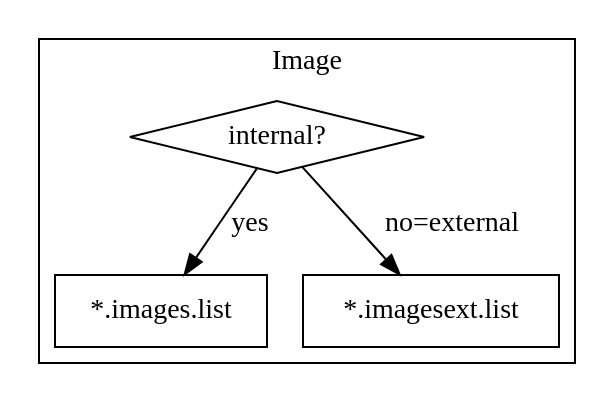
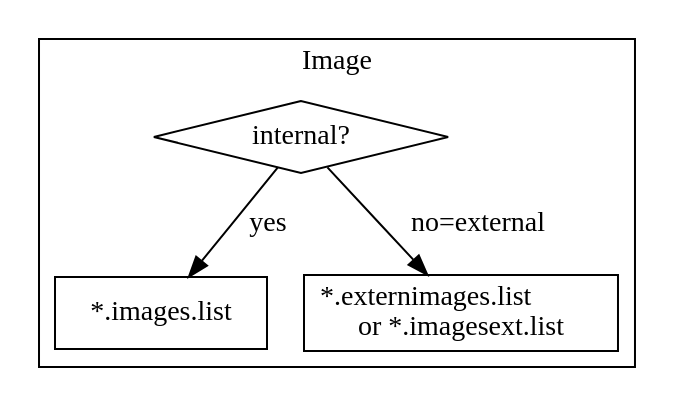
One commit to MicroEJ/docs changed the diagram in ApplicationDeveloperGuide/UI/MicroUI/images.rst. Above: the diagram before and after it, drawn with Graphviz. The commit also changed other lines of this file and 3 other files, not shown here.

```diff
--- a/ApplicationDeveloperGuide/UI/MicroUI/images.rst
+++ b/ApplicationDeveloperGuide/UI/MicroUI/images.rst
@@ -23,13 +23,13 @@
 .. graphviz::
 
   digraph D {
 
       internalImage [shape=diamond, label="internal?"]
       imagesList [shape=box, label="*.images.list"]
-      imagesExt [shape=box, label="*.imagesext.list"]
+      imagesExt [shape=box, label="*.externimages.list \lor *.imagesext.list"]
       subgraph cluster_image {
           label ="Image"
           internalImage -> imagesList [label="yes"]
           internalImage -> imagesExt [label="no=external"]
       }
   }
```
